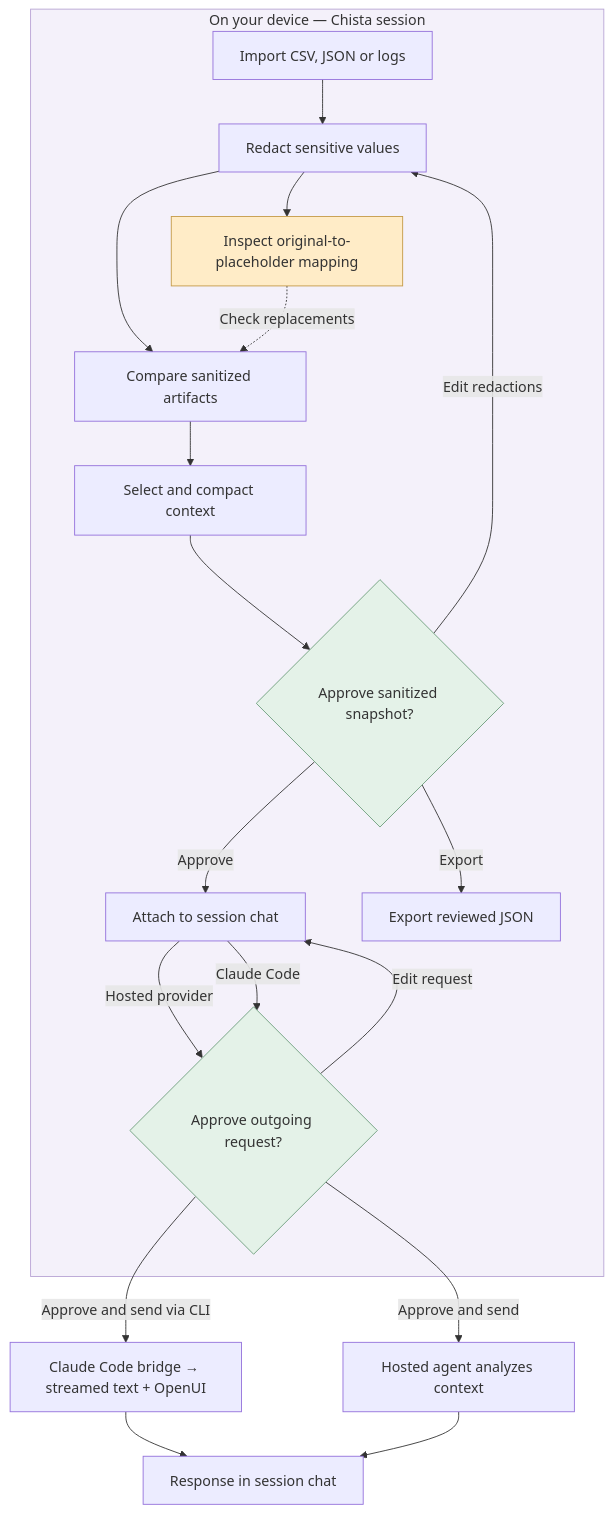
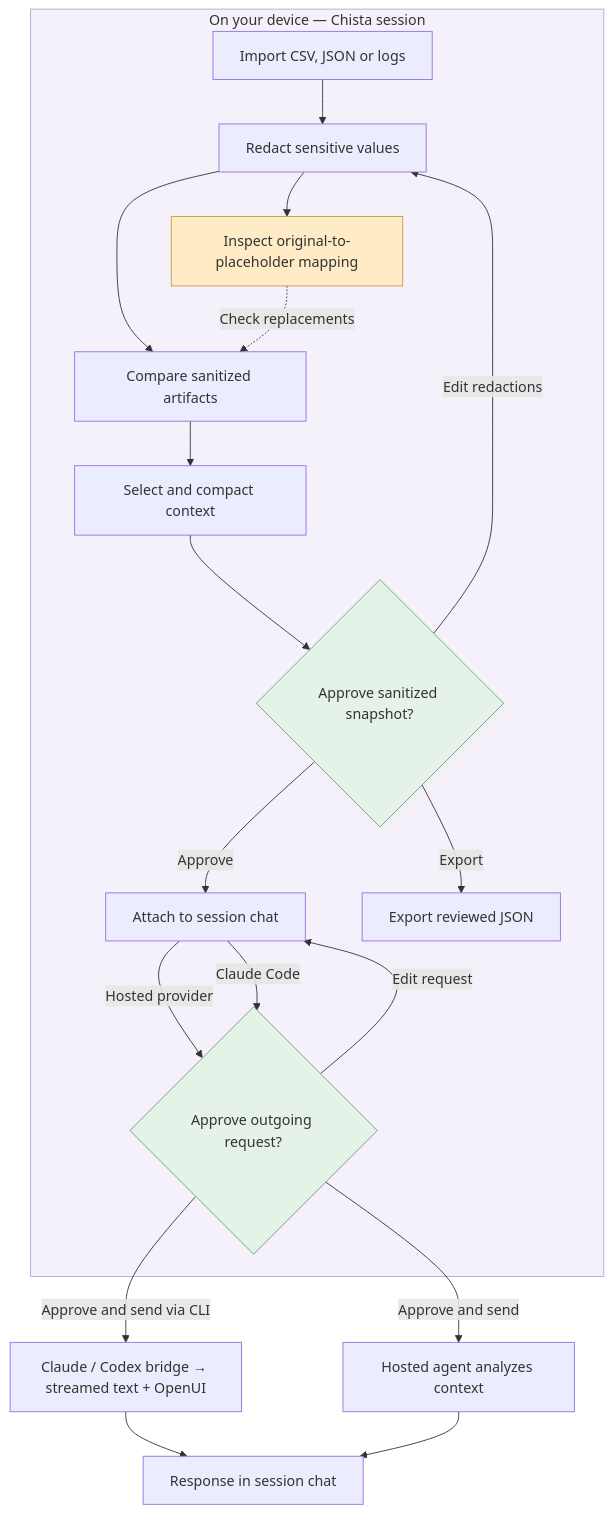
Before and after one commit to hadiranjbar25/chista: the diagram in README.md, drawn with Mermaid. The commit also changed other lines of this file and 10 other files, not shown here.

````diff
--- a/README.md
+++ b/README.md
@@ -15,37 +15,37 @@
 ```mermaid
 flowchart TD
     subgraph device ["On your device — Chista session"]
         raw["Import CSV, JSON or logs"]
         redact["Redact sensitive values"]
         mapping["Inspect original-to-placeholder mapping"]
         evidence["Compare sanitized artifacts"]
         compact["Select and compact context"]
         review{"Approve sanitized snapshot?"}
         attach["Attach to session chat"]
         outgoing{"Approve outgoing request?"}
         exportFile["Export reviewed JSON"]
 
         raw --> redact
         redact --> mapping
         redact --> evidence
         mapping -.->|"Check replacements"| evidence
         evidence --> compact
         compact --> review
         review -->|"Edit redactions"| redact
         review -->|"Approve"| attach
         review -->|"Export"| exportFile
         attach -->|"Hosted provider"| outgoing
         outgoing -->|"Edit request"| attach
         attach -->|"Claude Code"| outgoing
     end
 
     outgoing -->|"Approve and send"| hosted["Hosted agent analyzes context"]
-    outgoing -->|"Approve and send via CLI"| claude["Claude Code bridge → streamed text + OpenUI"]
+    outgoing -->|"Approve and send via CLI"| claude["Claude / Codex bridge → streamed text + OpenUI"]
     claude --> reply
     hosted --> reply["Response in session chat"]
 
     style device fill:#F4F1FA,stroke:#B8A4D4
     style mapping fill:#FFECC7,stroke:#C59A46
     style review fill:#E4F2E8,stroke:#6D9D7B
     style outgoing fill:#E4F2E8,stroke:#6D9D7B
 ```
````
